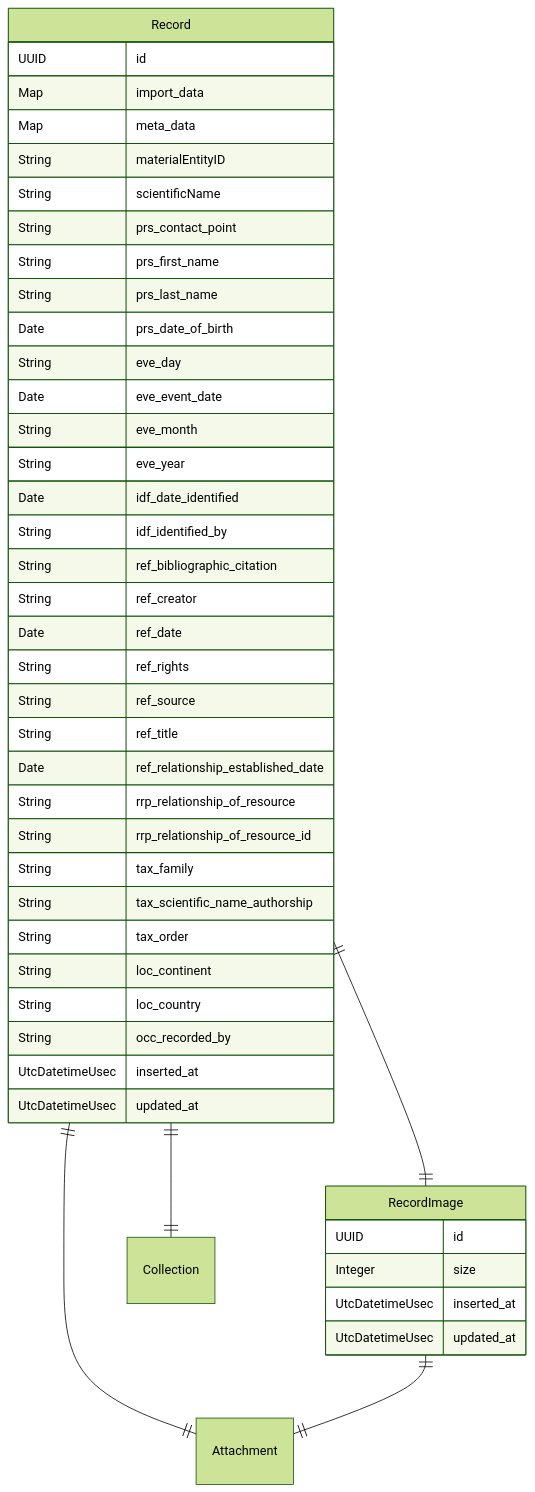
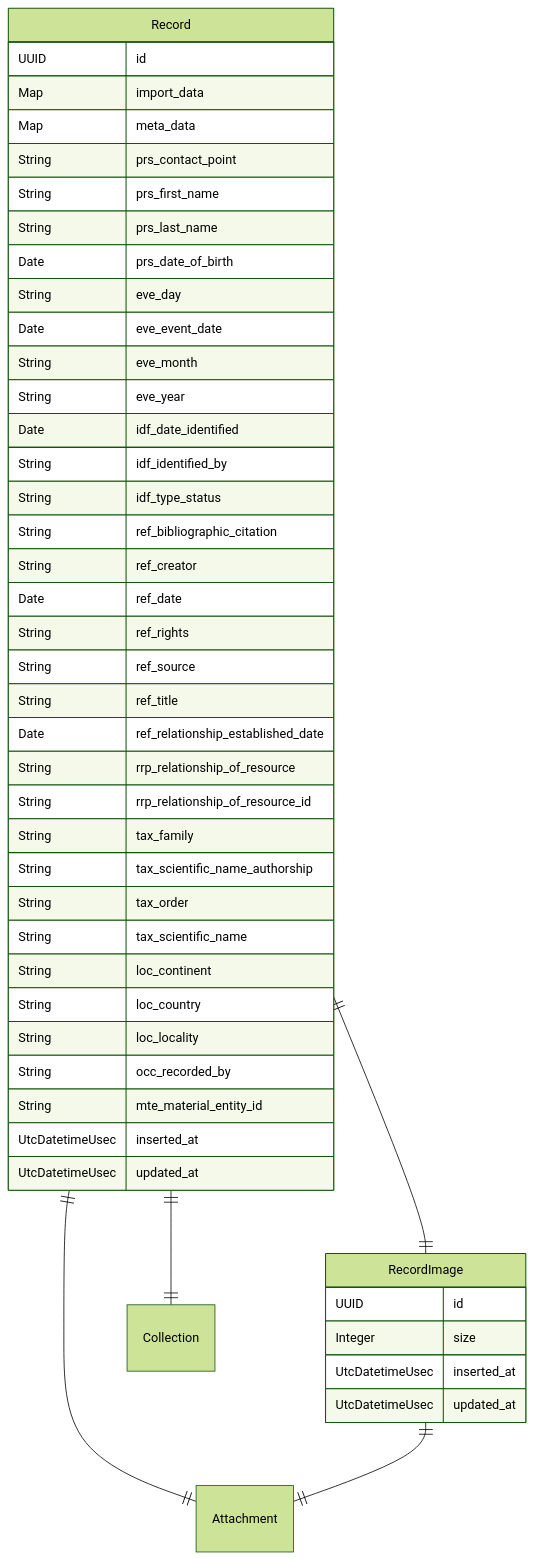
One commit to zebbra/data_aggregator changed the fourth of 8 diagrams in docs/api.md. Above: the diagram before and after it, drawn with Mermaid (forest theme). The commit also changed other lines of this file and 6 other files, not shown here.

Commit message:
Ignore generated mermaid diagrams

````diff
--- a/docs/api.md
+++ b/docs/api.md
@@ -258,48 +260,50 @@
 ```mermaid
 erDiagram
     Record {
         UUID id
         Map import_data
         Map meta_data
-        String materialEntityID
-        String scientificName
         String prs_contact_point
         String prs_first_name
         String prs_last_name
         Date prs_date_of_birth
         String eve_day
         Date eve_event_date
         String eve_month
         String eve_year
         Date idf_date_identified
         String idf_identified_by
+        String idf_type_status
         String ref_bibliographic_citation
         String ref_creator
         Date ref_date
         String ref_rights
         String ref_source
         String ref_title
         Date ref_relationship_established_date
         String rrp_relationship_of_resource
         String rrp_relationship_of_resource_id
         String tax_family
         String tax_scientific_name_authorship
         String tax_order
+        String tax_scientific_name
         String loc_continent
         String loc_country
+        String loc_locality
         String occ_recorded_by
+        String mte_material_entity_id
         UtcDatetimeUsec inserted_at
         UtcDatetimeUsec updated_at
     }
     RecordImage {
         UUID id
         Integer size
         UtcDatetimeUsec inserted_at
         UtcDatetimeUsec updated_at
     }
 
     Record ||--|| RecordImage : ""
     Record ||--|| Attachment : ""
     Record ||--|| Collection : ""
     RecordImage ||--|| Attachment : ""
 ```
````
